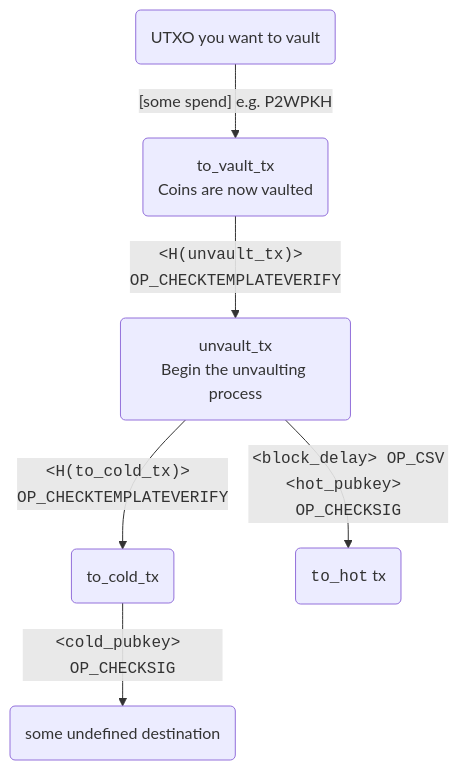
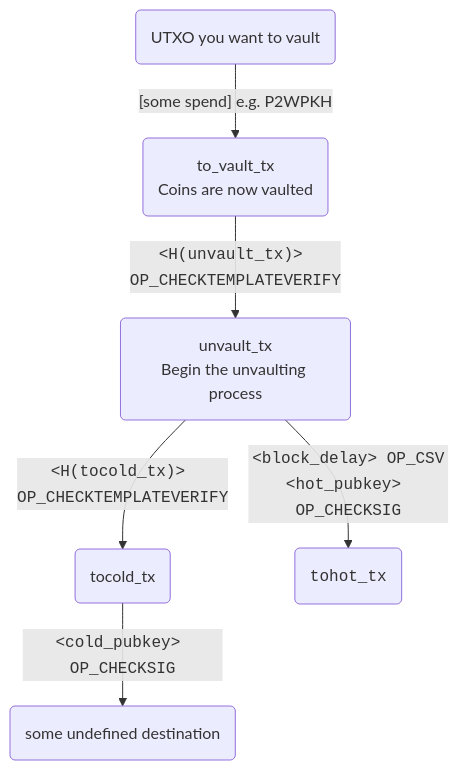
One commit to jamesob/simple-ctv-vault changed the second of 2 diagrams in README.md. Above: the diagram before and after it, drawn with Mermaid. The commit also changed other lines of this file, not shown here.

````diff
--- a/README.md
+++ b/README.md
@@ -62,8 +98,8 @@
 ```mermaid
 flowchart TD
   A(UTXO you want to vault) -->|"[some spend] e.g. P2WPKH"| V(to_vault_tx<br/>Coins are now vaulted)
   V -->|"<code>&lt;H(unvault_tx)&gt; OP_CHECKTEMPLATEVERIFY</code>"| U(unvault_tx<br/>Begin the unvaulting process)
-  U -->|"<code>&lt;H(to_cold_tx)&gt; OP_CHECKTEMPLATEVERIFY</code>"| C(to_cold_tx)
-  U -->|"<code>&lt;block_delay&gt; OP_CSV<br />&lt;hot_pubkey&gt; OP_CHECKSIG</code>"| D(<code>to_hot</code> tx)
+  U -->|"<code>&lt;H(tocold_tx)&gt; OP_CHECKTEMPLATEVERIFY</code>"| C(tocold_tx)
+  U -->|"<code>&lt;block_delay&gt; OP_CSV<br />&lt;hot_pubkey&gt; OP_CHECKSIG</code>"| D(<code>tohot_tx</code>)
   C -->|"<code>&lt;cold_pubkey&gt; OP_CHECKSIG</code>"| E(some undefined destination)
 ```
````
